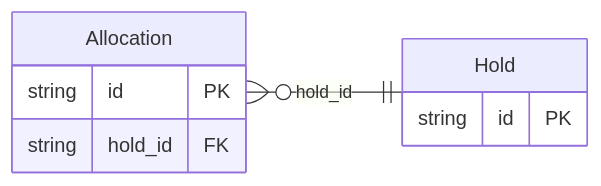
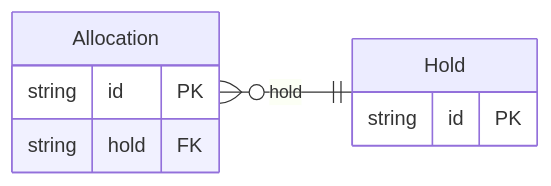
One commit to shokki-engineering/freebusy changed the diagram in protobuf/generated/prisma/freebusy/allocation/README.md. Above: the diagram before and after it, drawn with Mermaid. The commit also changed 110 other files, not shown here.

````diff
--- a/protobuf/generated/prisma/freebusy/allocation/README.md
+++ b/protobuf/generated/prisma/freebusy/allocation/README.md
@@ -13,12 +13,12 @@
 ```mermaid
 erDiagram
     direction LR
     Allocation {
         string id PK
-        string hold_id FK
+        string hold FK
     }
     Hold {
         string id PK
     }
-    Allocation }o--|| Hold : "hold_id"
+    Allocation }o--|| Hold : "hold"
 ```
````
